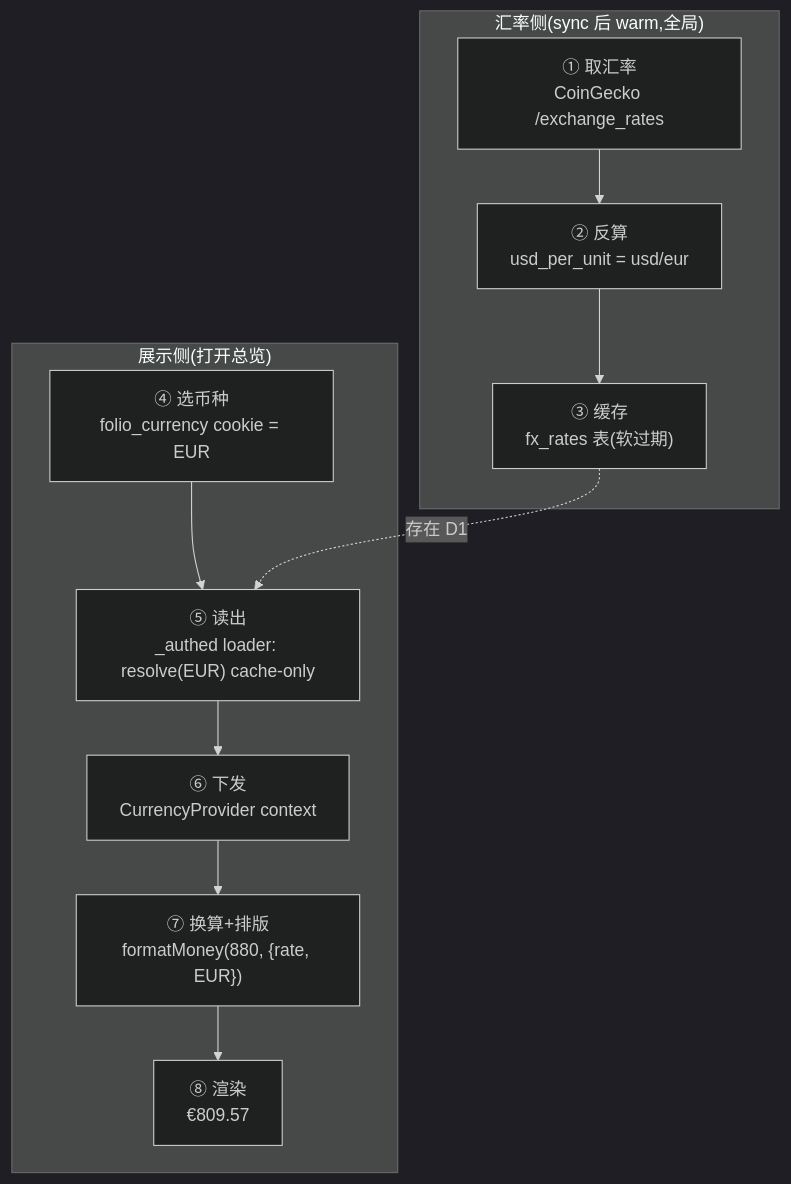
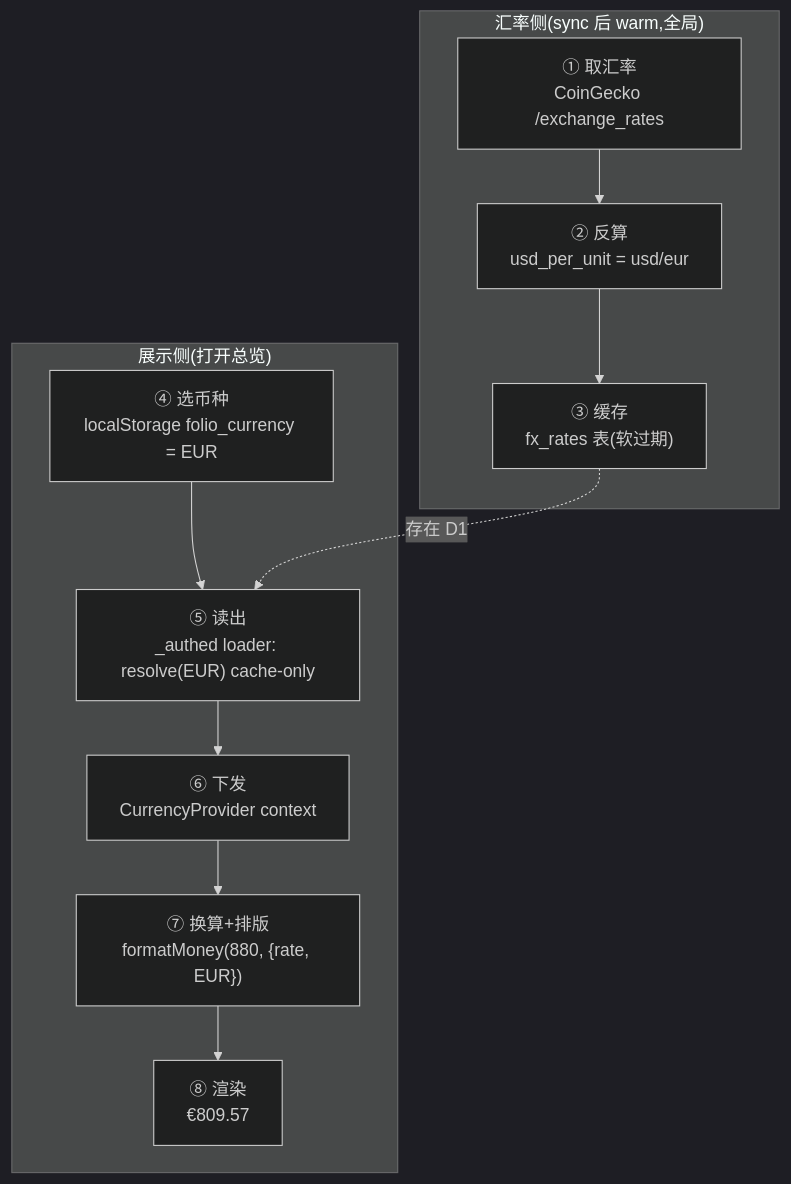
The diagram in docs/architecture/03-multi-currency.md (x0finch/folio2), drawn with Mermaid (dark theme) before and after one commit. The commit also changed other lines of this file and 49 other files, not shown here.

````diff
--- a/docs/architecture/03-multi-currency.md
+++ b/docs/architecture/03-multi-currency.md
@@ -6,14 +6,14 @@
 ```mermaid
 flowchart TD
     subgraph WRITE["汇率侧(sync 后 warm,全局)"]
       X["① 取汇率<br/>CoinGecko /exchange_rates"] --> Y["② 反算<br/>usd_per_unit = usd/eur"]
       Y --> Z["③ 缓存<br/>fx_rates 表(软过期)"]
     end
     subgraph READ["展示侧(打开总览)"]
-      C["④ 选币种<br/>folio_currency cookie = EUR"] --> RS["⑤ 读出<br/>_authed loader: resolve(EUR) cache-only"]
+      C["④ 选币种<br/>localStorage folio_currency = EUR"] --> RS["⑤ 读出<br/>_authed loader: resolve(EUR) cache-only"]
       RS --> CTX["⑥ 下发<br/>CurrencyProvider context"]
       CTX --> FM["⑦ 换算+排版<br/>formatMoney(880, {rate, EUR})"]
       FM --> UI["⑧ 渲染<br/>€809.57"]
     end
     Z -.存在 D1.-> RS
 ```
````
